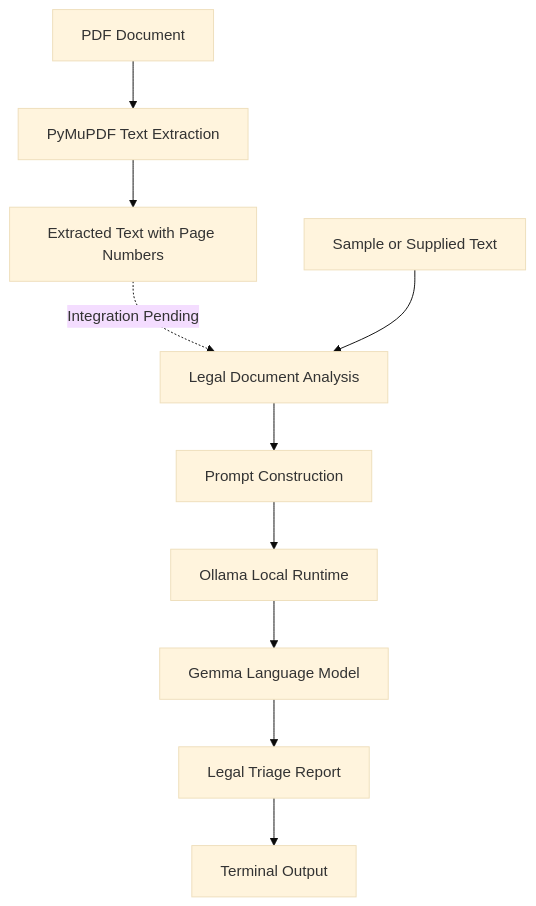
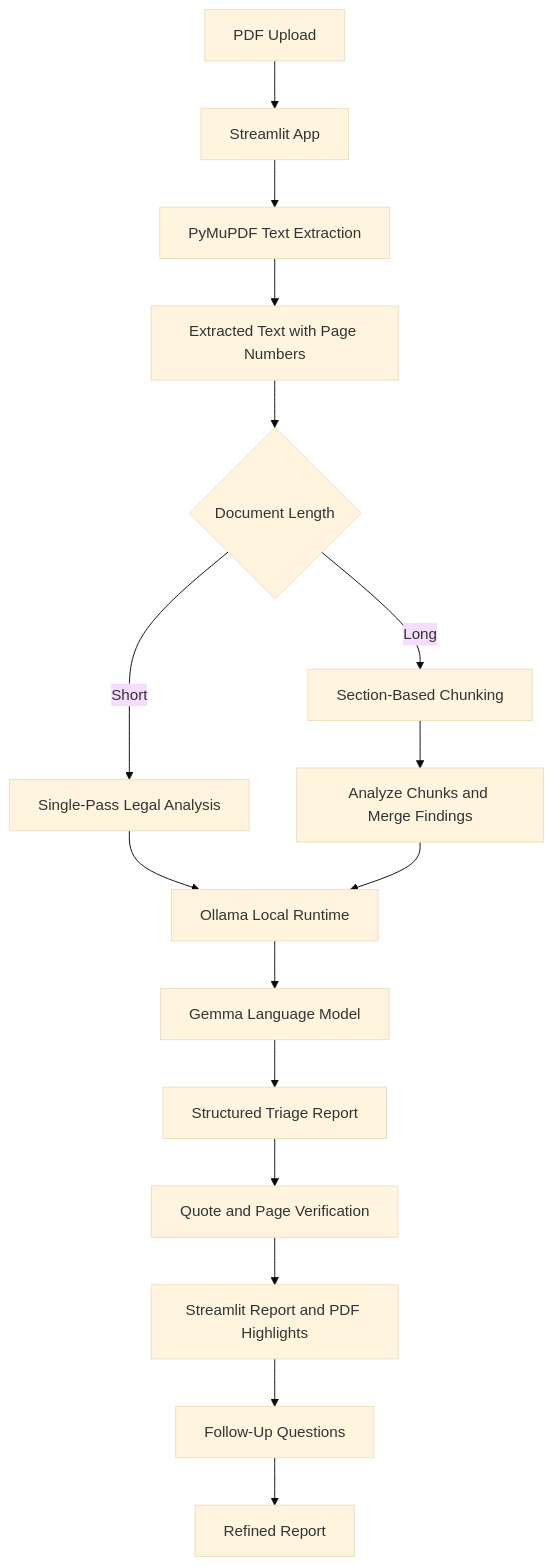
The diagram in README.md (ZERODAY-2026/QUAD-X), drawn with Mermaid (base theme) before and after one commit. The commit also changed other lines of this file, not shown here.

````diff
--- a/README.md
+++ b/README.md
@@ -9,12 +11,18 @@
 ```mermaid
 flowchart TD
-    A[PDF Document] --> B[PyMuPDF Text Extraction]
-    B --> C[Extracted Text with Page Numbers]
-    C -. Integration Pending .-> D[Legal Document Analysis]
-    E[Sample or Supplied Text] --> D
-    D --> F[Prompt Construction]
-    F --> G[Ollama Local Runtime]
-    G --> H[Gemma Language Model]
-    H --> I[Legal Triage Report]
-    I --> J[Terminal Output]
+    A[PDF Upload] --> B[Streamlit App]
+    B --> C[PyMuPDF Text Extraction]
+    C --> D[Extracted Text with Page Numbers]
+    D --> E{Document Length}
+    E -->|Short| F[Single-Pass Legal Analysis]
+    E -->|Long| G[Section-Based Chunking]
+    G --> H[Analyze Chunks and Merge Findings]
+    F --> I[Ollama Local Runtime]
+    H --> I
+    I --> J[Gemma Language Model]
+    J --> K[Structured Triage Report]
+    K --> L[Quote and Page Verification]
+    L --> M[Streamlit Report and PDF Highlights]
+    M --> N[Follow-Up Questions]
+    N --> O[Refined Report]
 ```
````
